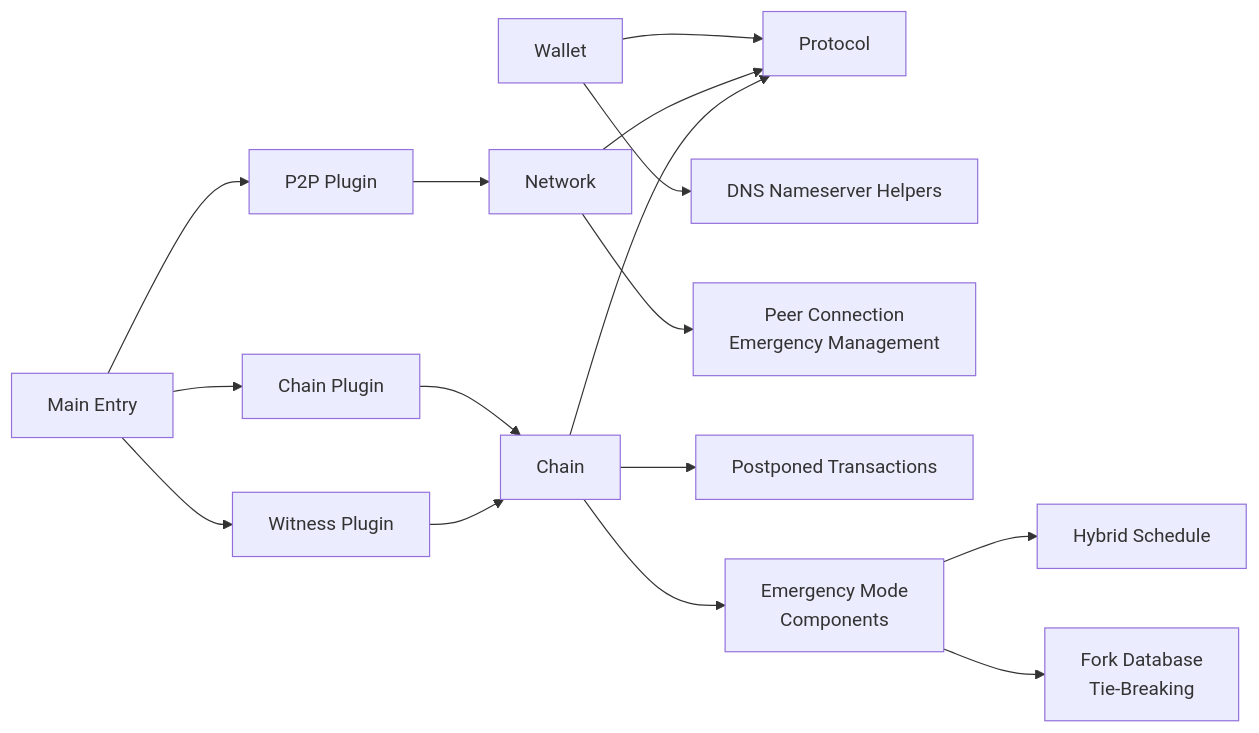
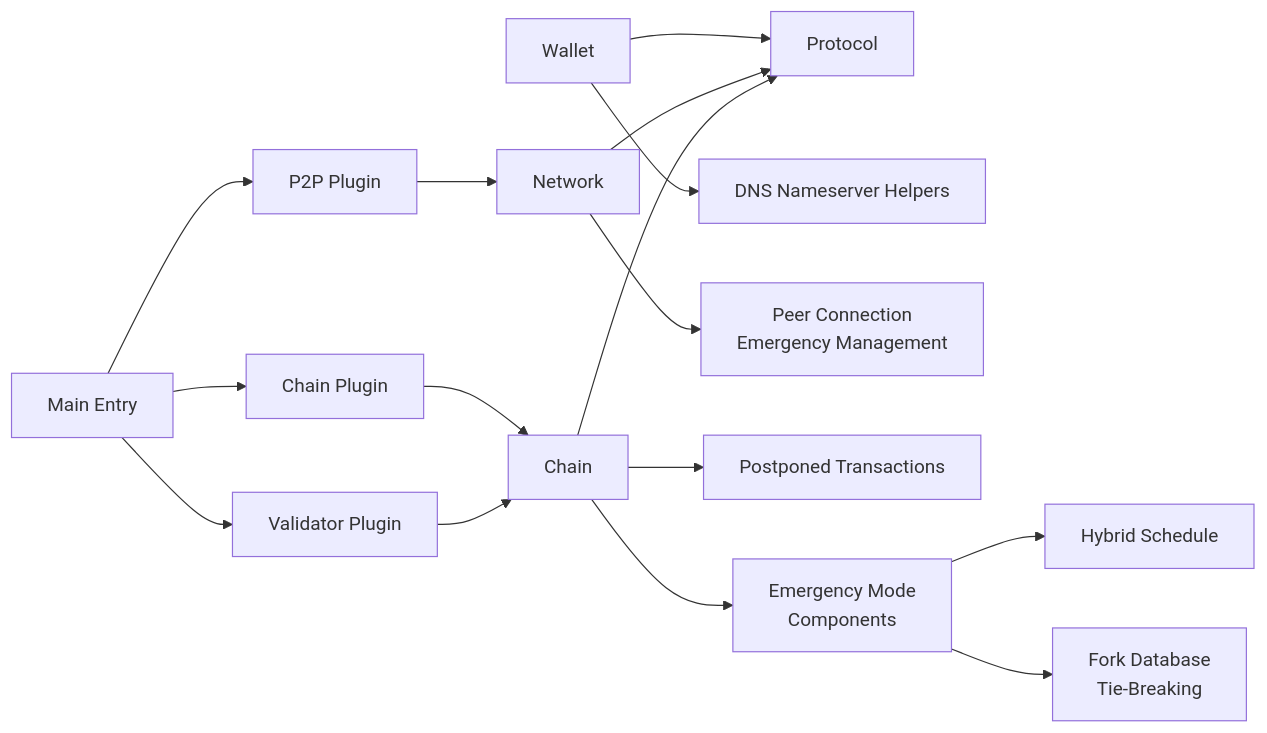
One commit to VIZ-Blockchain/viz-cpp-node changed diagram 15 of 15 in .qoder/repowiki/en/content/Core Libraries/Core Libraries.md. Above: the diagram before and after it, drawn with Mermaid. The commit also changed other lines of this file and 88 other files, not shown here.

First line of the commit message:
docs(validator): rename witness to validator throughout documentation

````diff
--- a/.qoder/repowiki/en/content/Core Libraries/Core Libraries.md
+++ b/.qoder/repowiki/en/content/Core Libraries/Core Libraries.md
@@ -1029,18 +1029,18 @@
 ```mermaid
 graph LR
 WALLET["Wallet"] --> PROTO["Protocol"]
 WALLET --> DNS_HELPERS["DNS Nameserver Helpers"]
 NET["Network"] --> PROTO
 NET --> PEER_CONN["Peer Connection<br/>Emergency Management"]
 CHAIN["Chain"] --> PROTO
 CHAIN --> DB_WITH["Postponed Transactions"]
 CHAIN --> EMERGENCY_MODE["Emergency Mode<br/>Components"]
 EMERGENCY_MODE --> HYBRID_SCHED["Hybrid Schedule"]
 EMERGENCY_MODE --> FORK_DB["Fork Database<br/>Tie-Breaking"]
 PL_P2P["P2P Plugin"] --> NET
 PL_CHAIN["Chain Plugin"] --> CHAIN
-PL_WITNESS["Witness Plugin"] --> CHAIN
+PL_WITNESS["Validator Plugin"] --> CHAIN
 MAIN["Main Entry"] --> PL_CHAIN
 MAIN --> PL_P2P
 MAIN --> PL_WITNESS
 ```
````
